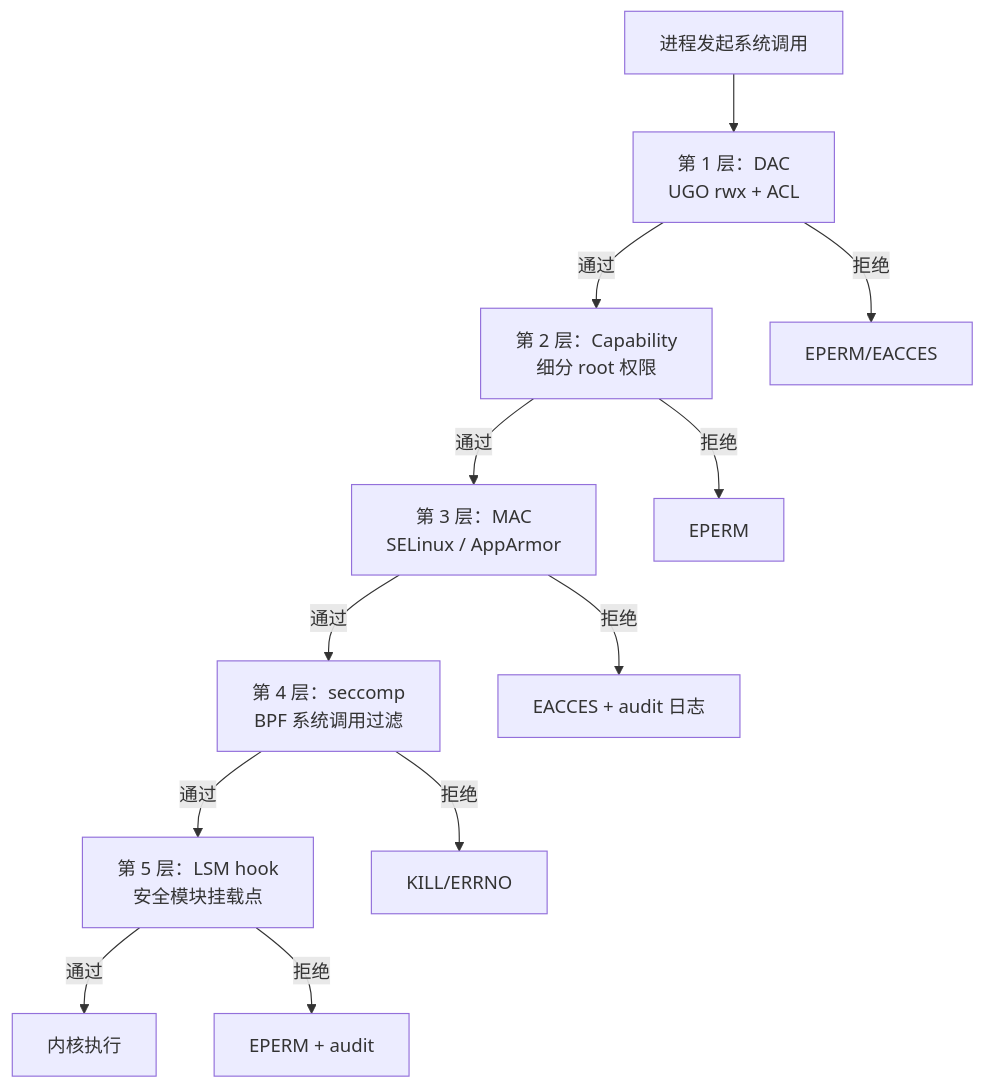
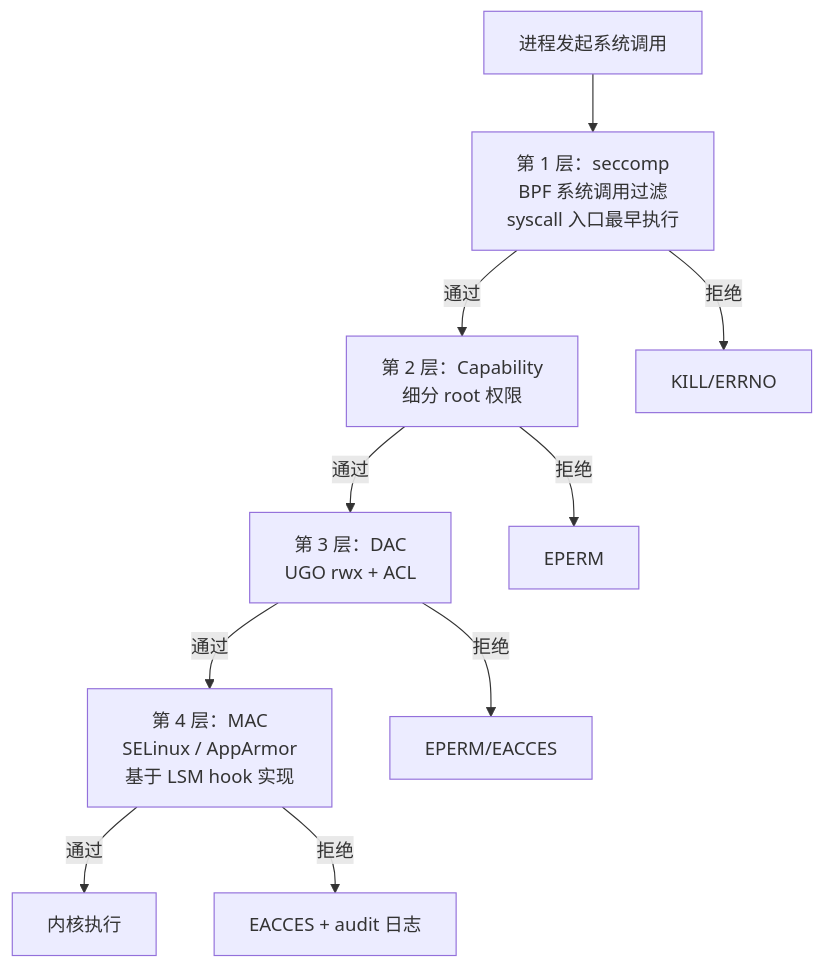
The first of 4 diagrams in ops/linux/07-security/security-and-permission.md (yintp/glory), drawn with Mermaid before and after one commit. The commit also changed other lines of this file, not shown here.

Commit message:
docs(linux): 修正安全与权限层次图顺序并补充 PAM 鉴权链图

````diff
--- a/ops/linux/07-security/security-and-permission.md
+++ b/ops/linux/07-security/security-and-permission.md
@@ -53,14 +53,12 @@
 ```mermaid
 flowchart TD
-    SYSCALL[进程发起系统调用] --> DAC[第 1 层：DAC<br/>UGO rwx + ACL]
-    DAC -->|通过| CAP[第 2 层：Capability<br/>细分 root 权限]
-    CAP -->|通过| MAC[第 3 层：MAC<br/>SELinux / AppArmor]
-    MAC -->|通过| SECC[第 4 层：seccomp<br/>BPF 系统调用过滤]
-    SECC -->|通过| LSM[第 5 层：LSM hook<br/>安全模块挂载点]
-    LSM -->|通过| EXEC[内核执行]
-    DAC -->|拒绝| EACCES1[EPERM/EACCES]
-    CAP -->|拒绝| EACCES2[EPERM]
+    SYSCALL[进程发起系统调用] --> SECC[第 1 层：seccomp<br/>BPF 系统调用过滤<br/>syscall 入口最早执行]
+    SECC -->|通过| CAP[第 2 层：Capability<br/>细分 root 权限]
+    CAP -->|通过| DAC[第 3 层：DAC<br/>UGO rwx + ACL]
+    DAC -->|通过| MAC[第 4 层：MAC<br/>SELinux / AppArmor<br/>基于 LSM hook 实现]
+    MAC -->|通过| EXEC[内核执行]
+    SECC -->|拒绝| KILL[KILL/ERRNO]
+    CAP -->|拒绝| EACCES1[EPERM]
+    DAC -->|拒绝| EACCES2[EPERM/EACCES]
     MAC -->|拒绝| EACCES3[EACCES + audit 日志]
-    SECC -->|拒绝| KILL[KILL/ERRNO]
-    LSM -->|拒绝| EACCES4[EPERM + audit]
 ```
````
